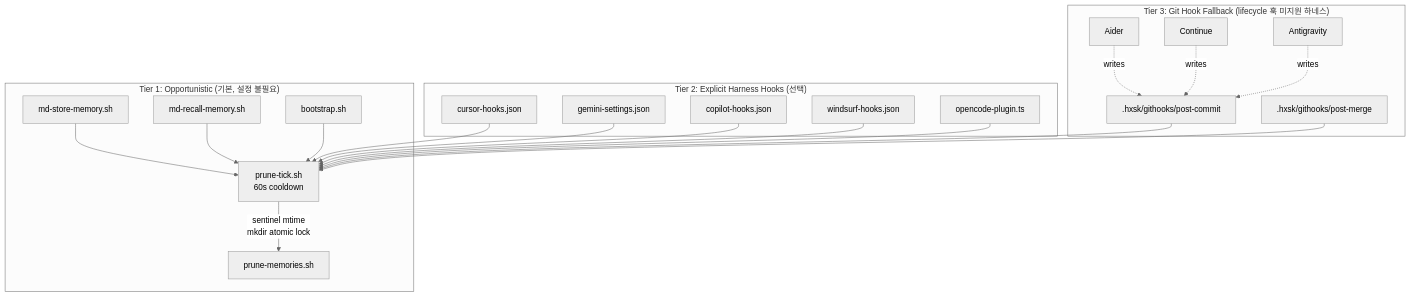
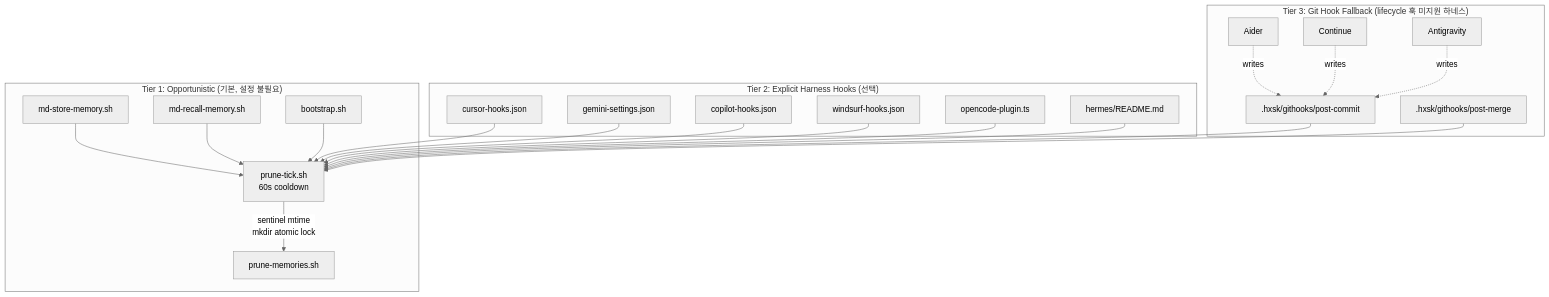
The sixth of 10 diagrams in docs/system-architecture.md (SukbeomH/HExoskeleton), drawn with Mermaid (neutral theme) before and after one commit. The commit also changed other lines of this file and 2 other files, not shown here.

````diff
--- a/docs/system-architecture.md
+++ b/docs/system-architecture.md
@@ -218,38 +218,40 @@
 ```mermaid
 graph TB
     subgraph Tier1["Tier 1: Opportunistic (기본, 설정 불필요)"]
         MStore[md-store-memory.sh]
         MRecall[md-recall-memory.sh]
         BS[bootstrap.sh]
         MStore --> Tick[prune-tick.sh<br/>60s cooldown]
         MRecall --> Tick
         BS --> Tick
         Tick -->|sentinel mtime<br/>mkdir atomic lock| PM[prune-memories.sh]
     end
 
     subgraph Tier2["Tier 2: Explicit Harness Hooks (선택)"]
         Cursor[cursor-hooks.json]
         Gemini[gemini-settings.json]
         Copilot[copilot-hooks.json]
         Windsurf[windsurf-hooks.json]
         OpenCode[opencode-plugin.ts]
+        Hermes[hermes/README.md]
         Cursor --> Tick
         Gemini --> Tick
         Copilot --> Tick
         Windsurf --> Tick
         OpenCode --> Tick
+        Hermes --> Tick
     end
 
     subgraph Tier3["Tier 3: Git Hook Fallback (lifecycle 훅 미지원 하네스)"]
         Aider[Aider]
         Continue[Continue]
         Antigrav[Antigravity]
         PostCommit[.hxsk/githooks/post-commit]
         PostMerge[.hxsk/githooks/post-merge]
         Aider -.writes.-> PostCommit
         Continue -.writes.-> PostCommit
         Antigrav -.writes.-> PostCommit
         PostCommit --> Tick
         PostMerge --> Tick
     end
 ```
````
